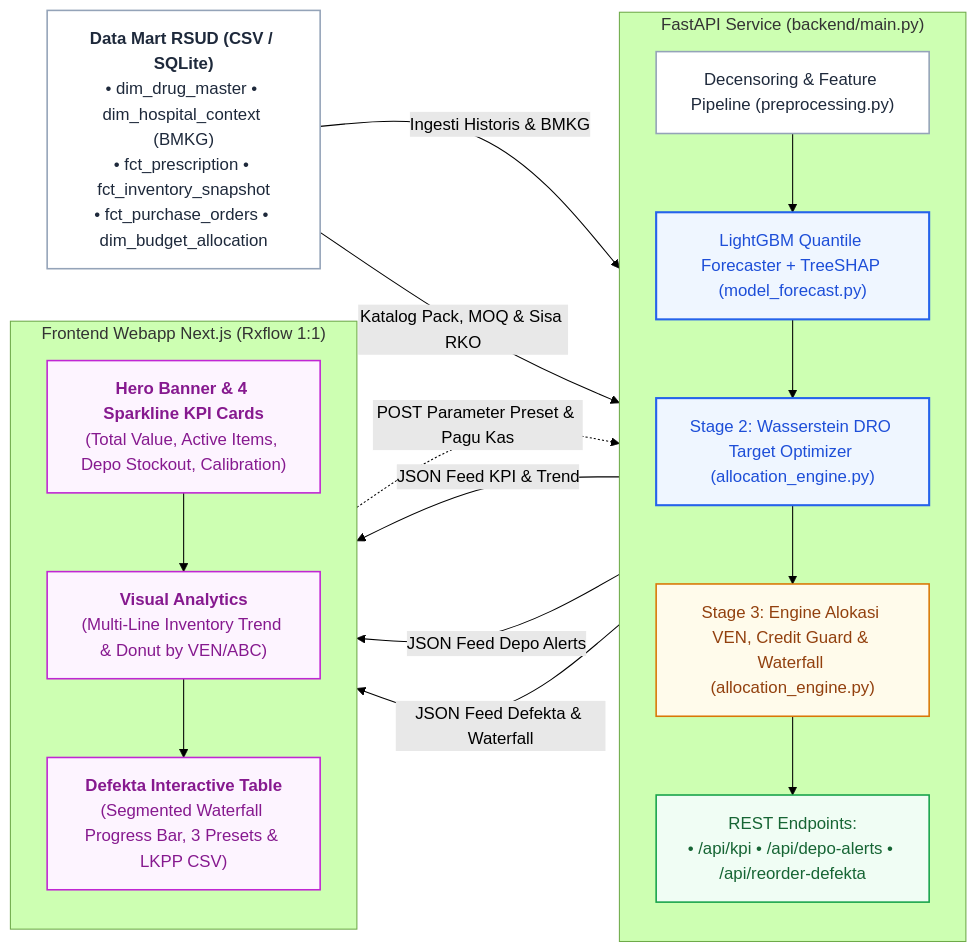
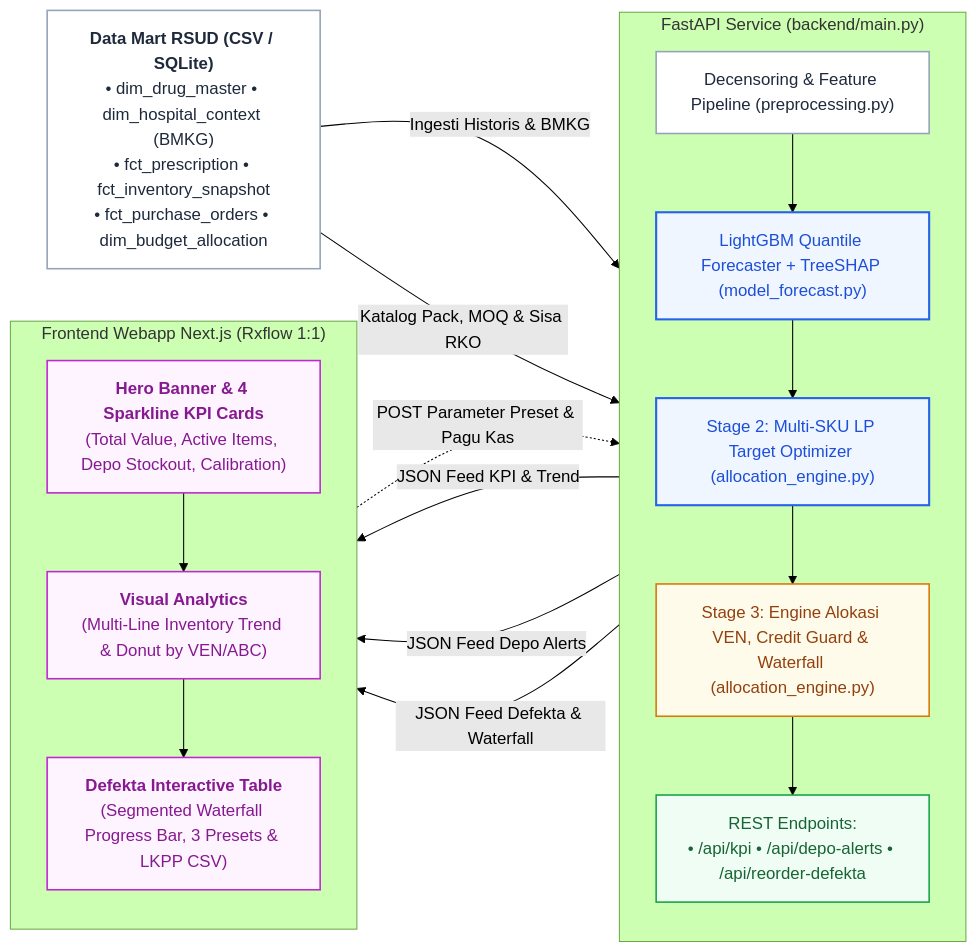
The third of 3 diagrams in projectfarmasi.md (gimigkk/sediantara-research), drawn with Mermaid (forest theme) before and after one commit. The commit also changed other lines of this file, not shown here.

Commit message:
refactor(spec): streamline Stage 2 to practical LP budget optimizer and refine evaluation analysis

````diff
--- a/projectfarmasi.md
+++ b/projectfarmasi.md
@@ -418,41 +418,41 @@
 ```mermaid
 flowchart LR
     classDef default fill:#ffffff,stroke:#94a3b8,stroke-width:1.5px,color:#1e293b;
     classDef ai fill:#eff6ff,stroke:#2563eb,stroke-width:2px,color:#1d4ed8;
     classDef warn fill:#fffbeb,stroke:#d97706,stroke-width:1.5px,color:#92400e;
     classDef success fill:#f0fdf4,stroke:#16a34a,stroke-width:1.5px,color:#166534;
     classDef ui fill:#fdf4ff,stroke:#c026d3,stroke-width:1.5px,color:#86198f;
 
     DATA["<b>Data Mart RSUD (CSV / SQLite)</b><br/>• dim_drug_master • dim_hospital_context (BMKG)<br/>• fct_prescription • fct_inventory_snapshot<br/>• fct_purchase_orders • dim_budget_allocation"]
 
     subgraph BackendAPI ["FastAPI Service (backend/main.py)"]
         direction TB
         PIPE["Decensoring &amp; Feature Pipeline (preprocessing.py)"]
         LGB["LightGBM Quantile Forecaster + TreeSHAP (model_forecast.py)"]:::ai
-        LP_OPT["Stage 2: Wasserstein DRO Target Optimizer (allocation_engine.py)"]:::ai
+        LP_OPT["Stage 2: Multi-SKU LP Target Optimizer (allocation_engine.py)"]:::ai
         ALLOC["Stage 3: Engine Alokasi VEN, Credit Guard &amp; Waterfall (allocation_engine.py)"]:::warn
         API["REST Endpoints:<br/>• /api/kpi • /api/depo-alerts • /api/reorder-defekta"]:::success
         
         PIPE --> LGB
         LGB --> LP_OPT
         LP_OPT --> ALLOC
         ALLOC --> API
     end
 
     subgraph FrontendApp ["Frontend Webapp Next.js (Rxflow 1:1)"]
         direction TB
         UI1["<b>Hero Banner &amp; 4 Sparkline KPI Cards</b><br/>(Total Value, Active Items, Depo Stockout, Calibration)"]:::ui
         UI2["<b>Visual Analytics</b><br/>(Multi-Line Inventory Trend &amp; Donut by VEN/ABC)"]:::ui
         UI3["<b>Defekta Interactive Table</b><br/>(Segmented Waterfall Progress Bar, 3 Presets &amp; LKPP CSV)"]:::ui
         
         UI1 --> UI2
         UI2 --> UI3
     end
 
     DATA -->|"Ingesti Historis & BMKG"| PIPE
     DATA -->|"Katalog Pack, MOQ & Sisa RKO"| ALLOC
     API -->|"JSON Feed KPI & Trend"| UI1
     API -->|"JSON Feed Depo Alerts"| UI2
     API -->|"JSON Feed Defekta & Waterfall"| UI3
     UI3 -.->|"POST Parameter Preset & Pagu Kas"| API
 ```
````
